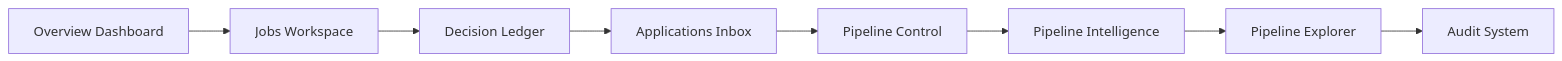
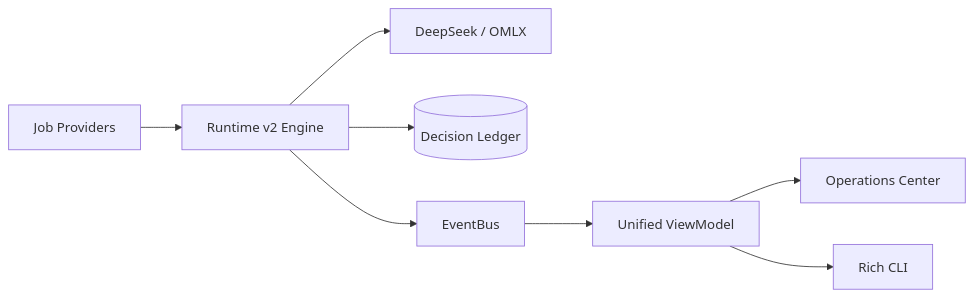
Before and after one commit to areddy1805/career-workflow-next: the diagram in README.md, drawn with Mermaid. The commit also changed other lines of this file and 30 other files, not shown here.

````diff
--- a/README.md
+++ b/README.md
@@ -192,13 +72,10 @@
 ```mermaid
-
 flowchart LR
-
-Overview["Overview Dashboard"]
---> Jobs["Jobs Workspace"]
---> Ledger["Decision Ledger"]
---> Applications["Applications Inbox"]
---> Pipeline["Pipeline Control"]
---> Intelligence["Pipeline Intelligence"]
---> Explorer["Pipeline Explorer"]
---> Audit["Audit System"]
+    Providers["Job Providers"] --> Engine["Runtime v2 Engine"]
+    Engine --> Inference["DeepSeek / OMLX"]
+    Engine --> Ledger[("Decision Ledger")]
+    Engine --> EventBus["EventBus"]
+    EventBus --> ViewModel["Unified ViewModel"]
+    ViewModel --> OpsCenter["Operations Center"]
+    ViewModel --> CLI["Rich CLI"]
 ```
````
